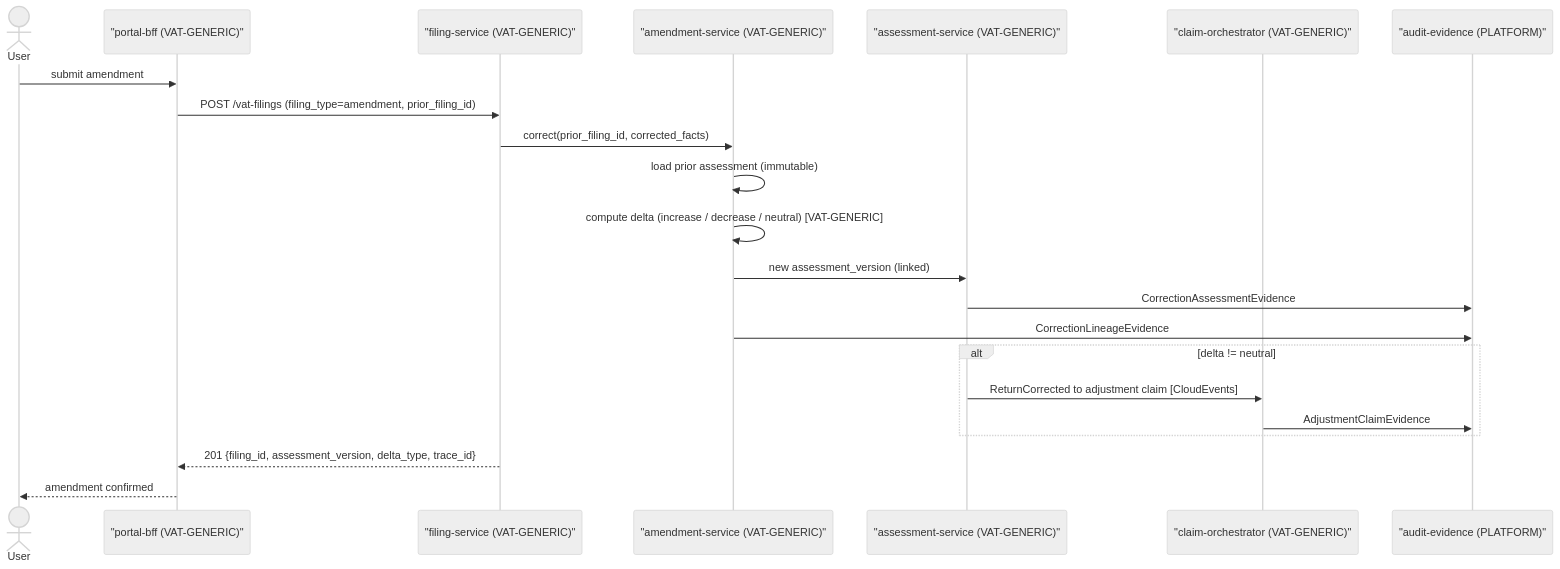
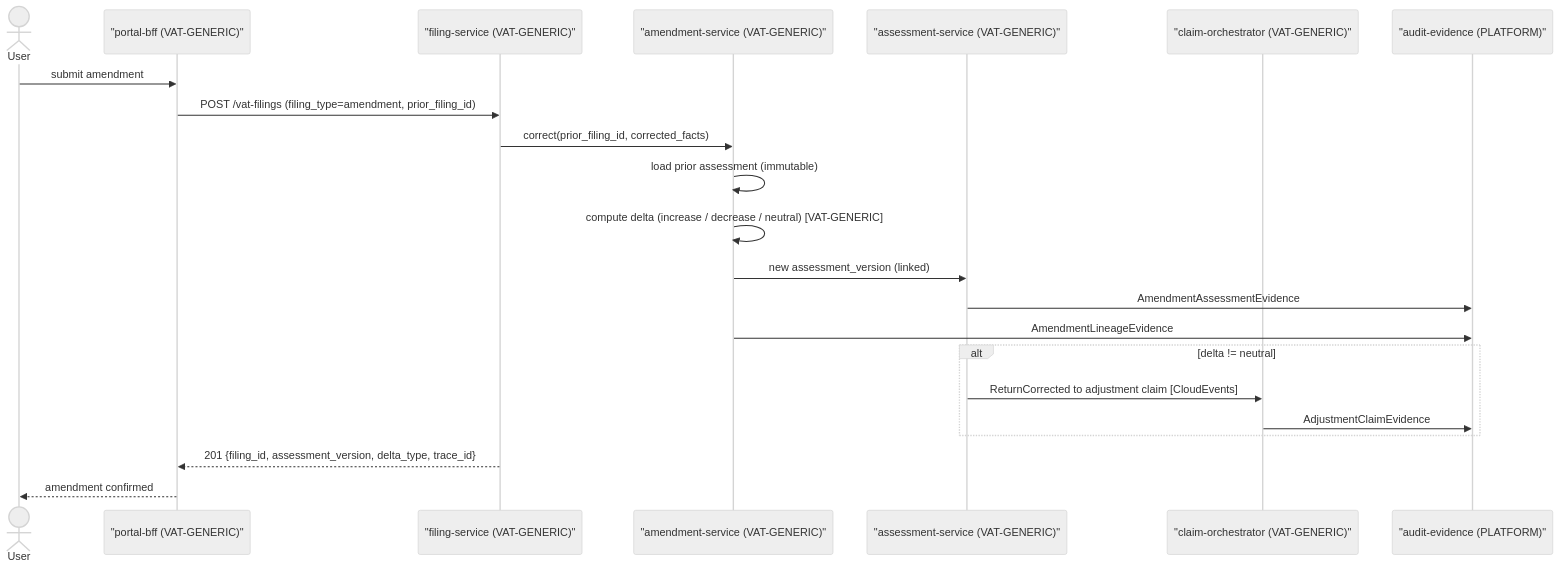
Before and after one commit to nc-tbi/VATRI-Codex: the tenth of 14 diagrams in design/01-vat-filing-assessment-solution-design.md, drawn with Mermaid (neutral theme). The commit also changed other lines of this file and 151 other files, not shown here.

````diff
--- a/design/01-vat-filing-assessment-solution-design.md
+++ b/design/01-vat-filing-assessment-solution-design.md
@@ -478,25 +479,25 @@
 ```mermaid
 sequenceDiagram
     actor User
     participant BFF as "portal-bff (VAT-GENERIC)"
     participant FS as "filing-service (VAT-GENERIC)"
     participant CS as "amendment-service (VAT-GENERIC)"
     participant AS as "assessment-service (VAT-GENERIC)"
     participant CO as "claim-orchestrator (VAT-GENERIC)"
     participant AE as "audit-evidence (PLATFORM)"
 
     User->>BFF: submit amendment
     BFF->>FS: POST /vat-filings (filing_type=amendment, prior_filing_id)
     FS->>CS: correct(prior_filing_id, corrected_facts)
     CS->>CS: load prior assessment (immutable)
     CS->>CS: compute delta (increase / decrease / neutral) [VAT-GENERIC]
     CS->>AS: new assessment_version (linked)
-    AS->>AE: CorrectionAssessmentEvidence
-    CS->>AE: CorrectionLineageEvidence
+    AS->>AE: AmendmentAssessmentEvidence
+    CS->>AE: AmendmentLineageEvidence
     alt delta != neutral
         AS->>CO: ReturnCorrected to adjustment claim [CloudEvents]
         CO->>AE: AdjustmentClaimEvidence
     end
     FS-->>BFF: 201 {filing_id, assessment_version, delta_type, trace_id}
     BFF-->>User: amendment confirmed
 ```
````
